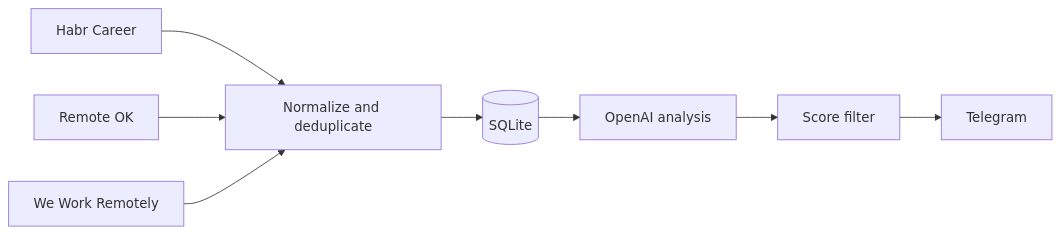
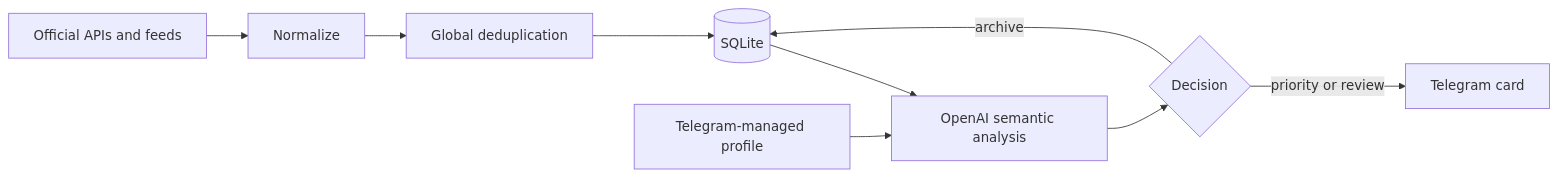
One commit to rinatshaidi/ai-career-agent changed the diagram in README.md. Above: the diagram before and after it, drawn with Mermaid. The commit also changed other lines of this file and 47 other files, not shown here.

````diff
--- a/README.md
+++ b/README.md
@@ -33,10 +39,11 @@
 ```mermaid
 flowchart LR
-    H[Habr Career] --> N[Normalize and deduplicate]
-    R[Remote OK] --> N
-    W[We Work Remotely] --> N
-    N --> D[(SQLite)]
-    D --> A[OpenAI analysis]
-    A --> F[Score filter]
-    F --> T[Telegram]
+    S[Official APIs and feeds] --> N[Normalize]
+    N --> D[Global deduplication]
+    D --> DB[(SQLite)]
+    DB --> AI[OpenAI semantic analysis]
+    P[Telegram-managed profile] --> AI
+    AI --> Q{Decision}
+    Q -->|priority or review| T[Telegram card]
+    Q -->|archive| DB
 ```
````
